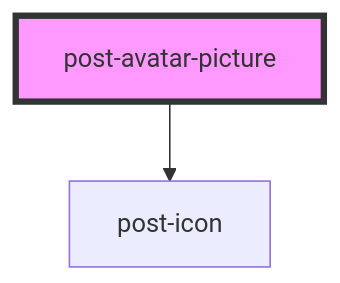
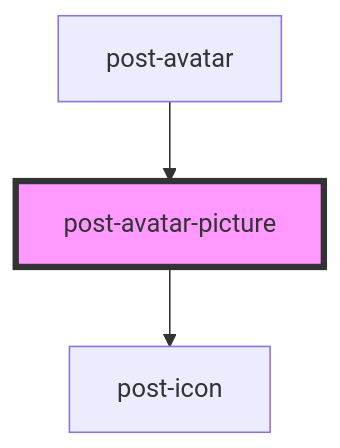
The diagram in packages/components/src/components/post-avatar-picture/readme.md (swisspost/design-system), drawn with Mermaid before and after one commit. The commit also changed other lines of this file and 14 other files, not shown here.

Commit message:
feat(components): add the post-avatar component

````diff
--- a/packages/components/src/components/post-avatar-picture/readme.md
+++ b/packages/components/src/components/post-avatar-picture/readme.md
@@ -25,5 +29,6 @@
 ```mermaid
 graph TD;
   post-avatar-picture --> post-icon
+  post-avatar --> post-avatar-picture
   style post-avatar-picture fill:#f9f,stroke:#333,stroke-width:4px
 ```
````
